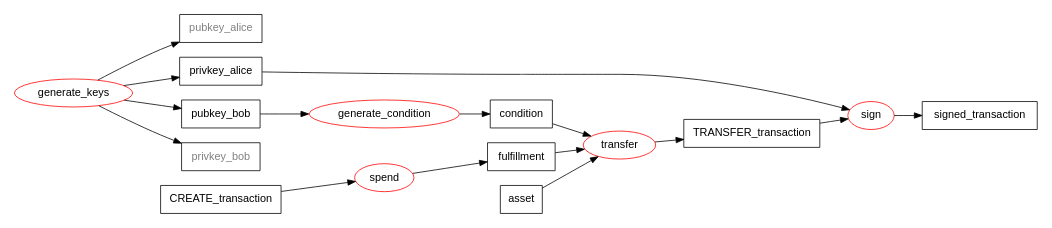
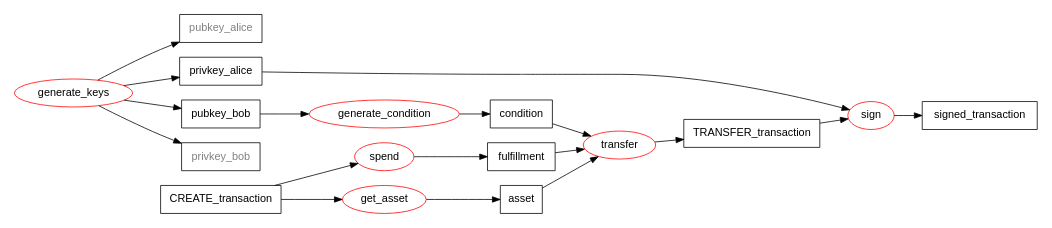
The second of 2 diagrams in docs/usage.rst (bigchaindb/bdb-transaction-cli), drawn with Graphviz before and after one commit. The commit also changed other lines of this file and 4 other files, not shown here.

Commit message:
update docs with auto generated examples and get_asset method to help user with TRANSFER

```diff
--- a/docs/usage.rst
+++ b/docs/usage.rst
@@ -60,43 +64,45 @@
 .. graphviz::
 
     digraph TRANSFER {
 	size = 10;
 	rankdir=LR;
 	node [fontname="helvetica"];
 	node [color=red]
 
 	{ // Inputs (non processes)
 	    node [shape=record]
 	    node [color=black]
 	    condition
 	    pubkey_alice [fontcolor=grey]
 	    privkey_alice
 	    pubkey_bob
 	    privkey_bob [fontcolor=grey]
 	    CREATE_transaction
 	    TRANSFER_transaction
 	    signed_transaction
 	    fulfillment
 	    asset
 	}
 	
 	{
 	    generate_keys -> pubkey_alice
 	    generate_keys -> privkey_alice
 	    generate_keys -> pubkey_bob
 	    generate_keys -> privkey_bob
 	    pubkey_bob -> generate_condition
 	    generate_condition -> condition
 	    privkey_alice -> sign
 	    CREATE_transaction -> spend
+            CREATE_transaction -> get_asset
+            get_asset -> asset
 	    spend -> fulfillment
 	    TRANSFER_transaction -> sign
 	    sign -> signed_transaction
 	    asset -> transfer
 	    fulfillment -> transfer
 	    condition -> transfer
 	    transfer -> TRANSFER_transaction
 	}
 
 	{ rank=same pubkey_alice privkey_alice pubkey_bob privkey_bob }
     }
```
